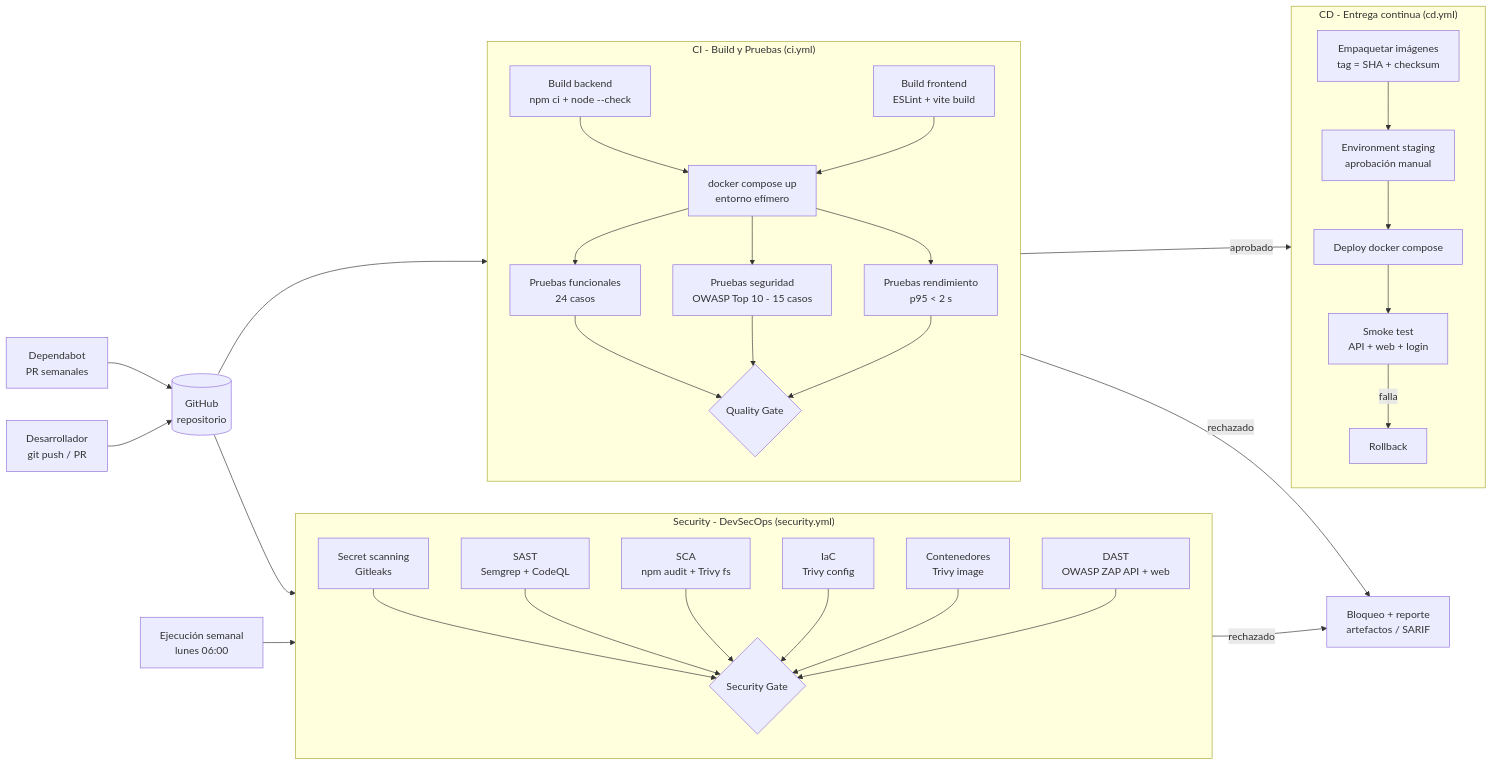
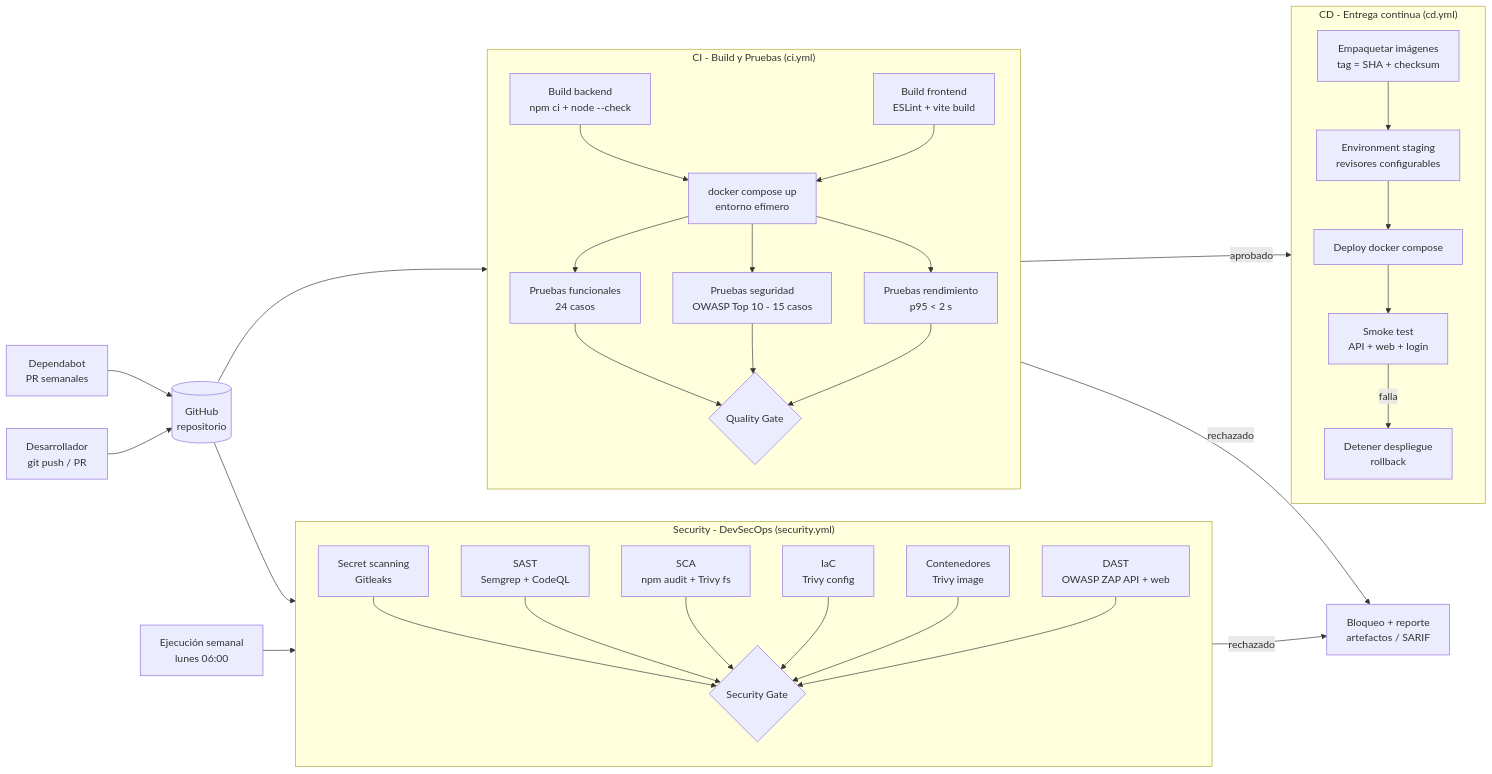
The diagram in docs/PIPELINE.md (CrAlvarezb/cuidarte-MAS), drawn with Mermaid before and after one commit. The commit also changed other lines of this file and 3 other files, not shown here.

````diff
--- a/docs/PIPELINE.md
+++ b/docs/PIPELINE.md
@@ -22,40 +22,40 @@
 ```mermaid
 flowchart LR
     DEV[Desarrollador<br/>git push / PR] --> GH[(GitHub<br/>repositorio)]
     GH --> CI
     GH --> SEC
     CRON[Ejecución semanal<br/>lunes 06:00] --> SEC
     DEP[Dependabot<br/>PR semanales] --> GH
 
     subgraph CI["CI - Build y Pruebas (ci.yml)"]
         direction TB
         B1[Build backend<br/>npm ci + node --check] --> T
         B2[Build frontend<br/>ESLint + vite build] --> T
         T[docker compose up<br/>entorno efímero] --> F[Pruebas funcionales<br/>24 casos]
         T --> S[Pruebas seguridad<br/>OWASP Top 10 - 15 casos]
         T --> P[Pruebas rendimiento<br/>p95 &lt; 2 s]
         F & S & P --> QG{Quality Gate}
     end
 
     subgraph SEC["Security - DevSecOps (security.yml)"]
         direction TB
         G[Secret scanning<br/>Gitleaks] --> SG
         SA[SAST<br/>Semgrep + CodeQL] --> SG
         SC[SCA<br/>npm audit + Trivy fs] --> SG
         IA[IaC<br/>Trivy config] --> SG
         CS[Contenedores<br/>Trivy image] --> SG
         DA[DAST<br/>OWASP ZAP API + web] --> SG
         SG{Security Gate}
     end
 
     QG -- aprobado --> CD
     QG -- rechazado --> BLK[Bloqueo + reporte<br/>artefactos / SARIF]
     SG -- rechazado --> BLK
 
     subgraph CD["CD - Entrega continua (cd.yml)"]
         direction TB
-        PK[Empaquetar imágenes<br/>tag = SHA + checksum] --> APR[Environment staging<br/>aprobación manual]
+        PK[Empaquetar imágenes<br/>tag = SHA + checksum] --> APR[Environment staging<br/>revisores configurables]
         APR --> DEPL[Deploy docker compose] --> SMK[Smoke test<br/>API + web + login]
-        SMK -- falla --> RB[Rollback]
+        SMK -- falla --> RB[Detener despliegue<br/>rollback]
     end
 ```
````
